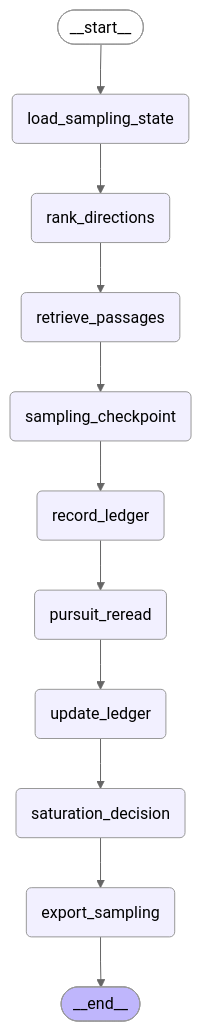
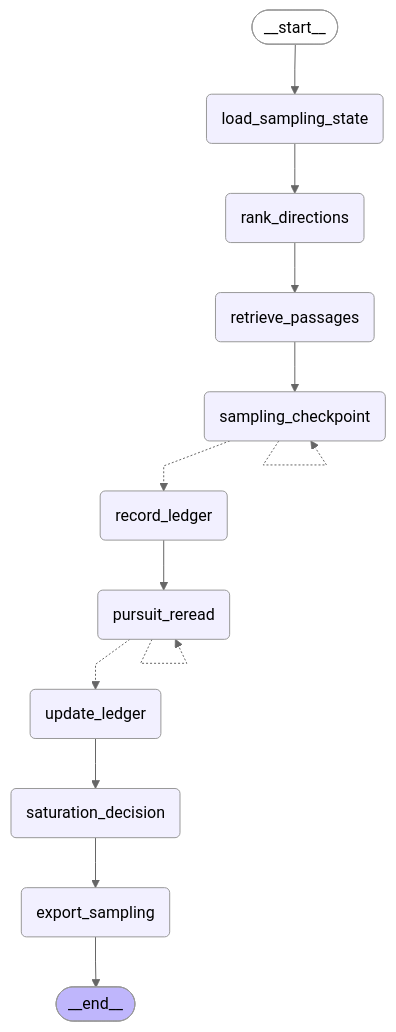
The fifth of 5 diagrams in README.md (davidscassell/automated-grounded-theory), drawn with Mermaid (neutral theme) before and after one commit. The commit also changed other lines of this file and 40 other files, not shown here.

First line of the commit message:
Checkpoint each sampling reread and honor explicit selections (0.9.5). (#45)

````diff
--- a/README.md
+++ b/README.md
@@ -244,32 +244,34 @@
 ```mermaid
 ---
 config:
   flowchart:
     curve: linear
 ---
 graph TD;
 	__start__([<p>__start__</p>]):::first
 	load_sampling_state(load_sampling_state)
 	rank_directions(rank_directions)
 	retrieve_passages(retrieve_passages)
 	sampling_checkpoint(sampling_checkpoint)
 	record_ledger(record_ledger)
 	pursuit_reread(pursuit_reread)
 	update_ledger(update_ledger)
 	saturation_decision(saturation_decision)
 	export_sampling(export_sampling)
 	__end__([<p>__end__</p>]):::last
 	__start__ --> load_sampling_state;
 	load_sampling_state --> rank_directions;
-	pursuit_reread --> update_ledger;
+	pursuit_reread -.-> update_ledger;
 	rank_directions --> retrieve_passages;
 	record_ledger --> pursuit_reread;
 	retrieve_passages --> sampling_checkpoint;
-	sampling_checkpoint --> record_ledger;
+	sampling_checkpoint -.-> record_ledger;
 	saturation_decision --> export_sampling;
 	update_ledger --> saturation_decision;
 	export_sampling --> __end__;
+	pursuit_reread -.-> pursuit_reread;
+	sampling_checkpoint -.-> sampling_checkpoint;
 	classDef default fill:#f2f0ff,line-height:1.2
 	classDef first fill-opacity:0
 	classDef last fill:#bfb6fc
 ```
````
